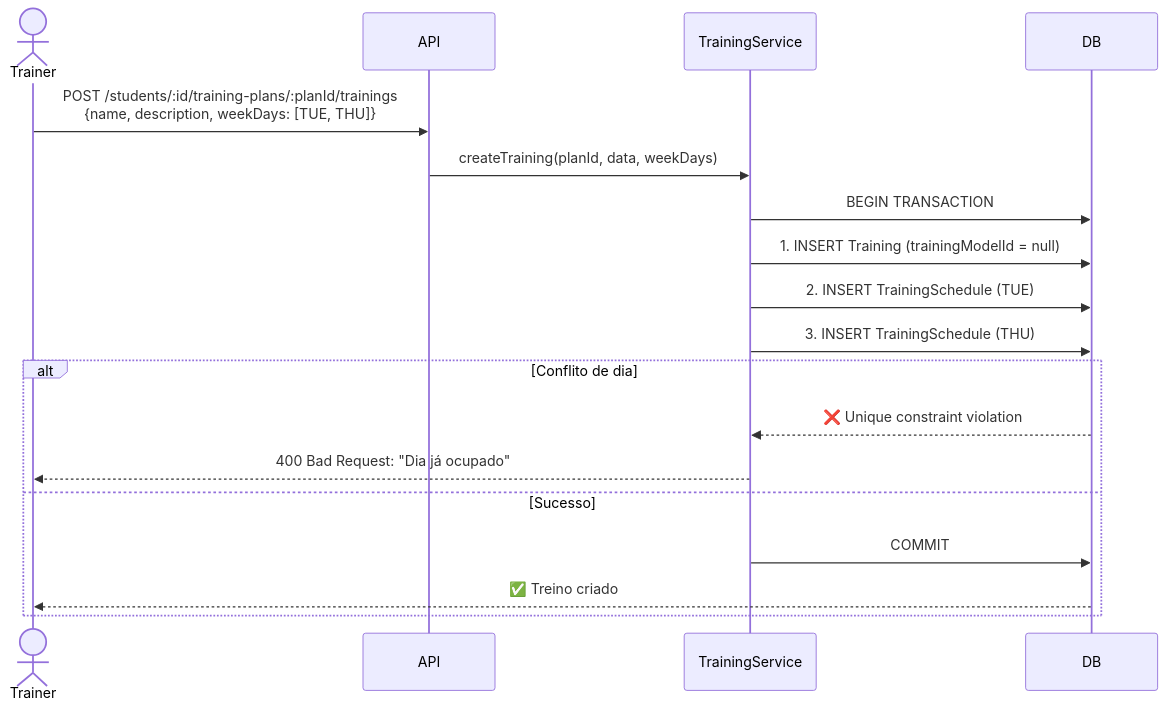
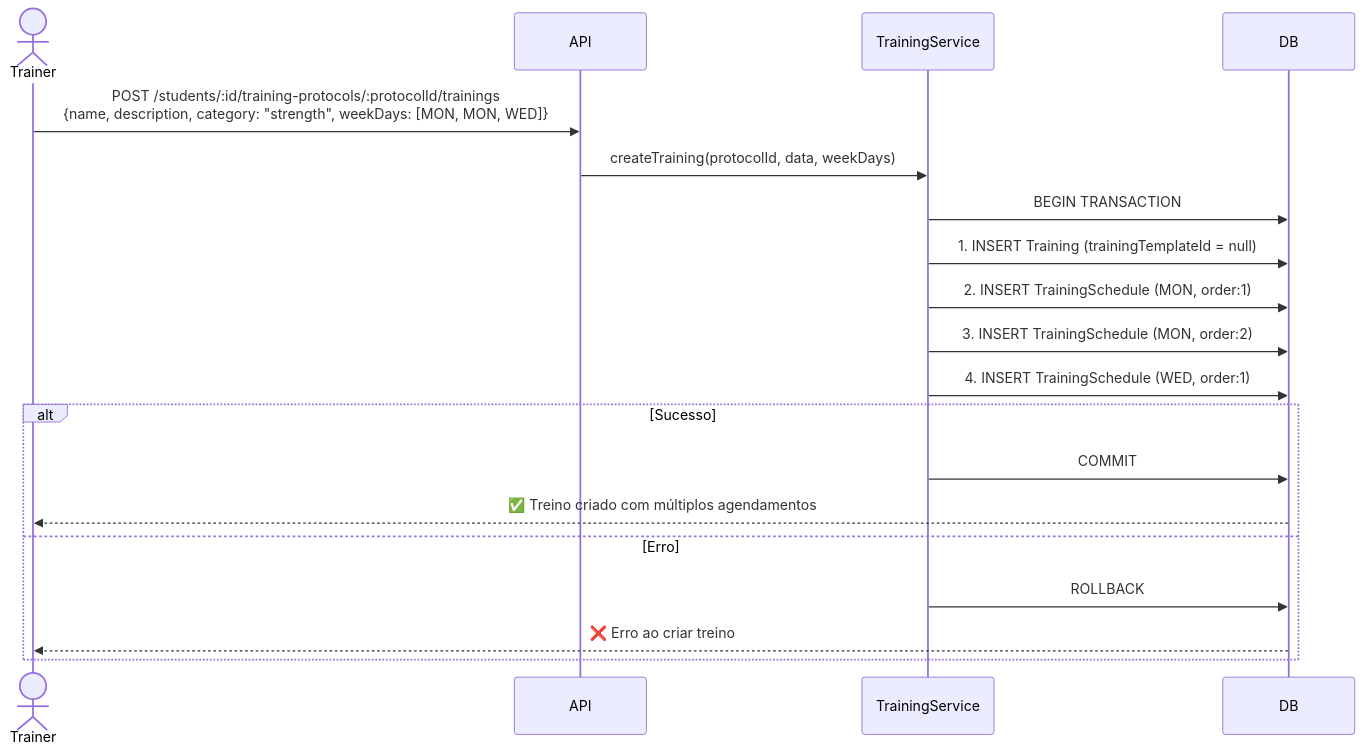
Before and after one commit to treinoway/teufit-service: the fifth of 6 diagrams in docs/adr/001-training-system-architecture.md, drawn with Mermaid. The commit also changed other lines of this file, not shown here.

Commit message:
Revamp training protocol

````diff
--- a/docs/adr/001-training-system-architecture.md
+++ b/docs/adr/001-training-system-architecture.md
@@ -327,23 +421,24 @@
 ```mermaid
 sequenceDiagram
     actor Trainer
     participant API
     participant TrainingService
     participant DB
 
-    Trainer->>API: POST /students/:id/training-plans/:planId/trainings<br/>{name, description, weekDays: [TUE, THU]}
-    API->>TrainingService: createTraining(planId, data, weekDays)
+    Trainer->>API: POST /students/:id/training-protocols/:protocolId/trainings<br/>{name, description, category: "strength", weekDays: [MON, MON, WED]}
+    API->>TrainingService: createTraining(protocolId, data, weekDays)
 
     TrainingService->>DB: BEGIN TRANSACTION
-    TrainingService->>DB: 1. INSERT Training (trainingModelId = null)
-    TrainingService->>DB: 2. INSERT TrainingSchedule (TUE)
-    TrainingService->>DB: 3. INSERT TrainingSchedule (THU)
+    TrainingService->>DB: 1. INSERT Training (trainingTemplateId = null)
+    TrainingService->>DB: 2. INSERT TrainingSchedule (MON, order:1)
+    TrainingService->>DB: 3. INSERT TrainingSchedule (MON, order:2)
+    TrainingService->>DB: 4. INSERT TrainingSchedule (WED, order:1)
 
-    alt Conflito de dia
-        DB-->>TrainingService: ❌ Unique constraint violation
-        TrainingService-->>Trainer: 400 Bad Request: "Dia já ocupado"
-    else Sucesso
+    alt Sucesso
         TrainingService->>DB: COMMIT
-        DB-->>Trainer: ✅ Treino criado
+        DB-->>Trainer: ✅ Treino criado com múltiplos agendamentos
+    else Erro
+        TrainingService->>DB: ROLLBACK
+        DB-->>Trainer: ❌ Erro ao criar treino
     end
 ```
````
